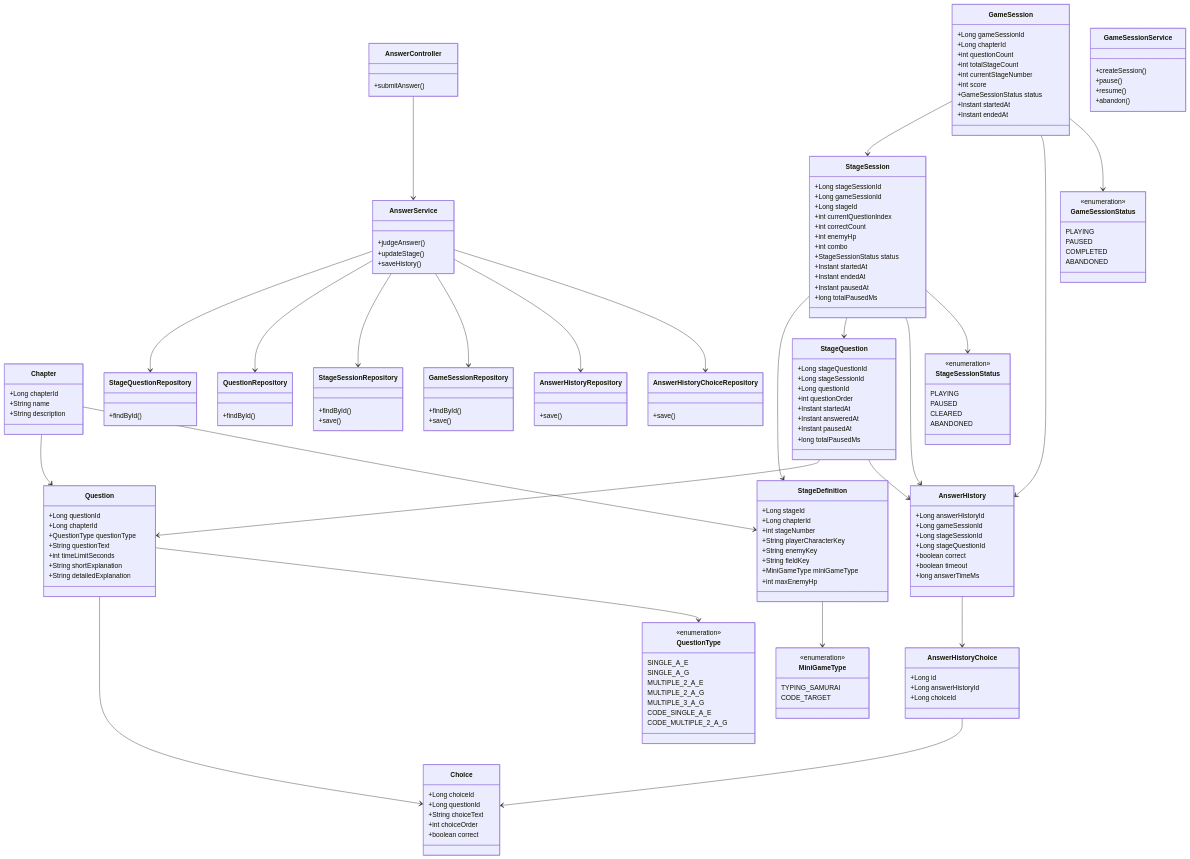
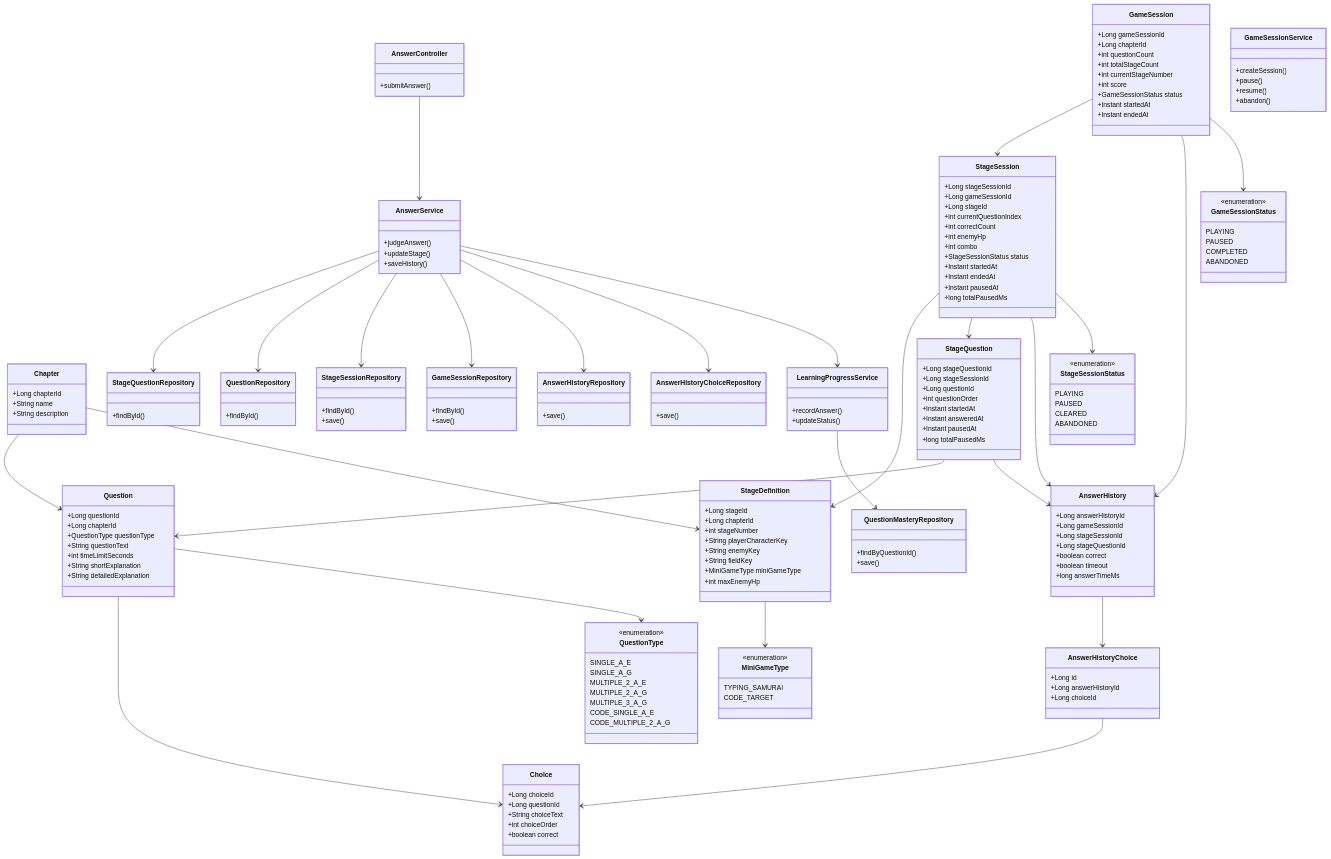
Before and after one commit to suu-dev-0203/graduation_JAVAgame: diagram 22 of 29 in README.md, drawn with Mermaid. The commit also changed other lines of this file and 25 other files, not shown here.

````diff
--- a/README.md
+++ b/README.md
@@ -1136,6 +1140,14 @@
     class AnswerHistoryChoiceRepository {
         +save()
     }
+    class LearningProgressService {
+        +recordAnswer()
+        +updateStatus()
+    }
+    class QuestionMasteryRepository {
+        +findByQuestionId()
+        +save()
+    }
     class QuestionType {
         <<enumeration>>
         SINGLE_A_E
@@ -1189,4 +1201,6 @@
     AnswerService --> GameSessionRepository
     AnswerService --> AnswerHistoryRepository
     AnswerService --> AnswerHistoryChoiceRepository
+    AnswerService --> LearningProgressService
+    LearningProgressService --> QuestionMasteryRepository
 ```
````
